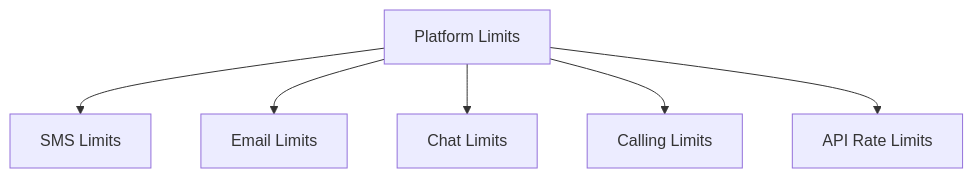
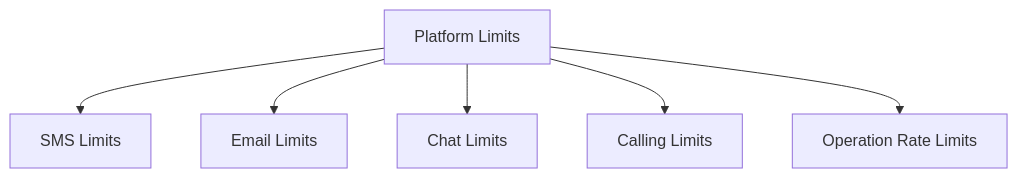
One commit to yeongseon/azure-communication-services-practical-guide changed the diagram in docs/reference/platform-limits.md. Above: the diagram before and after it, drawn with Mermaid. The commit also changed other lines of this file and 27 other files, not shown here.

````diff
--- a/docs/reference/platform-limits.md
+++ b/docs/reference/platform-limits.md
@@ -11,8 +29,8 @@
 ```mermaid
-graph TD
+flowchart TD
     Limits[Platform Limits] --> SMS[SMS Limits]
     Limits --> Email[Email Limits]
     Limits --> Chat[Chat Limits]
     Limits --> Calling[Calling Limits]
-    Limits --> API[API Rate Limits]
+    Limits --> API[Operation Rate Limits]
 ```
````
